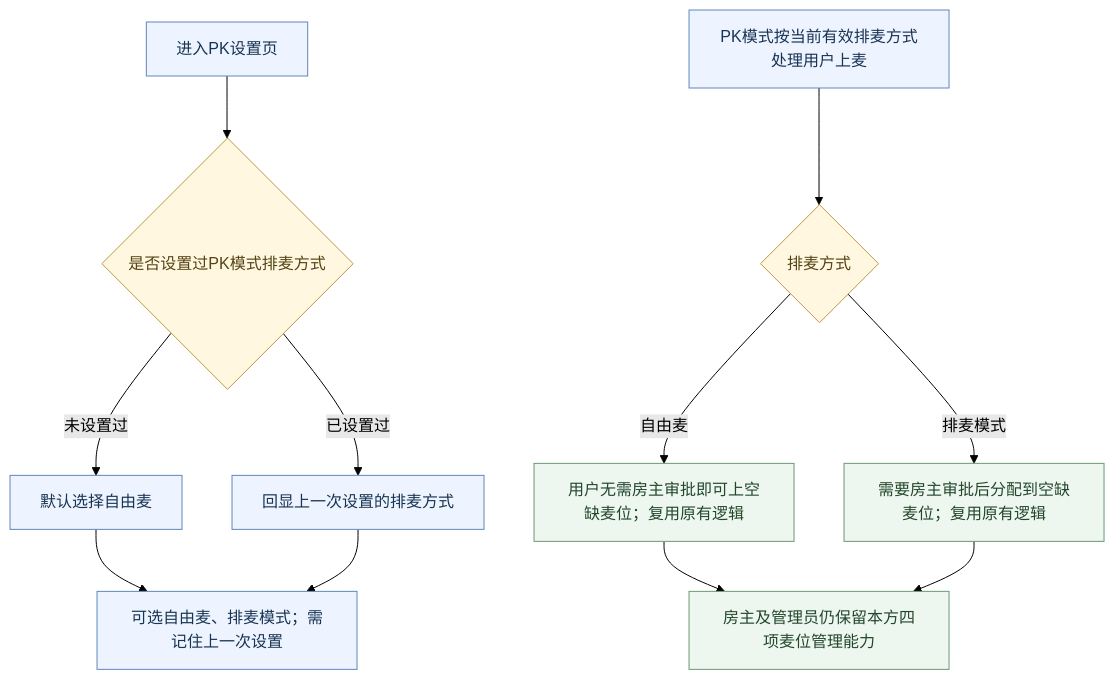
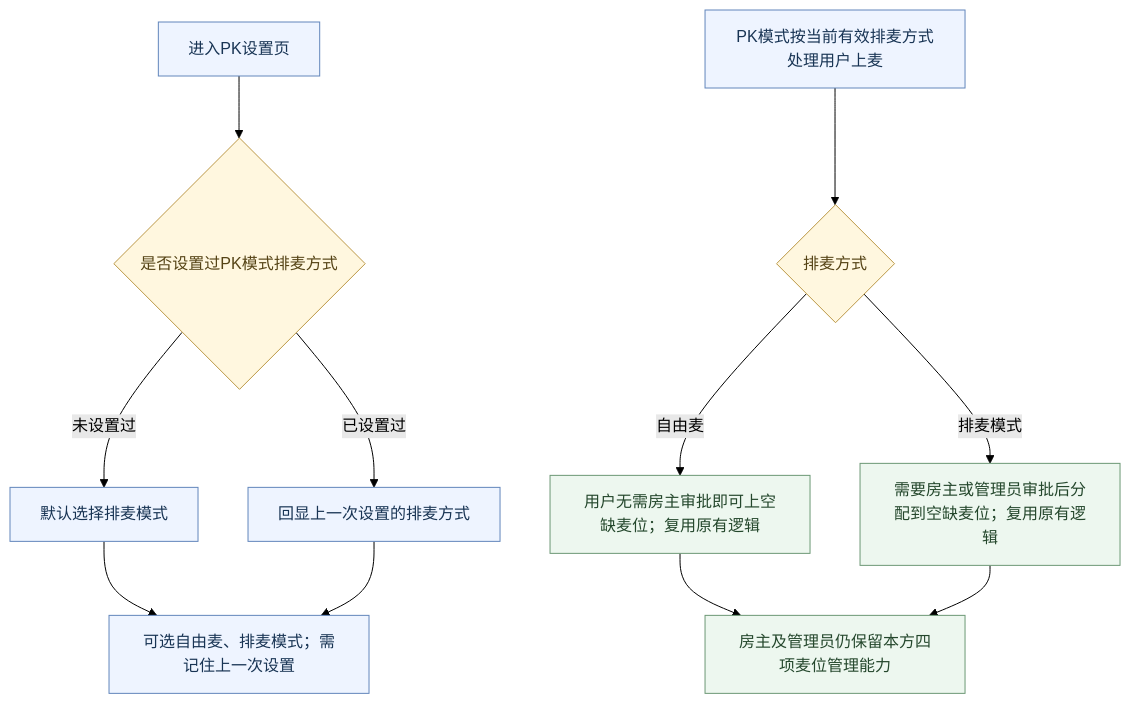
The sixth of 22 diagrams in 房间PK_MVP_需求文档.md (kocekid/Wechill_PK1.0), drawn with Mermaid (forest theme) before and after one commit. The commit also changed other lines of this file and 4 other files, not shown here.

````diff
--- a/房间PK_MVP_需求文档.md
+++ b/房间PK_MVP_需求文档.md
@@ -765,19 +765,19 @@
 ```mermaid
 flowchart TD
   A["进入PK设置页"] --> B{"是否设置过PK模式排麦方式"}
-  B -->|未设置过| C["默认选择自由麦"]
+  B -->|未设置过| C["默认选择排麦模式"]
   B -->|已设置过| D["回显上一次设置的排麦方式"]
   C --> E["可选自由麦、排麦模式；需记住上一次设置"]
   D --> E
   R["PK模式按当前有效排麦方式处理用户上麦"] --> M{"排麦方式"}
   M -->|自由麦| F["用户无需房主审批即可上空缺麦位；复用原有逻辑"]
-  M -->|排麦模式| G["需要房主审批后分配到空缺麦位；复用原有逻辑"]
+  M -->|排麦模式| G["需要房主或管理员审批后分配到空缺麦位；复用原有逻辑"]
   F --> H["房主及管理员仍保留本方四项麦位管理能力"]
   G --> H
   classDef action fill:#eef4ff,stroke:#6286bb,color:#183454
   classDef decision fill:#fff7df,stroke:#bb9846,color:#554315
   classDef result fill:#edf7ef,stroke:#6c9875,color:#24472c
   class A,C,D,E,R action
   class B,M decision
   class F,G,H result
 ```
````
